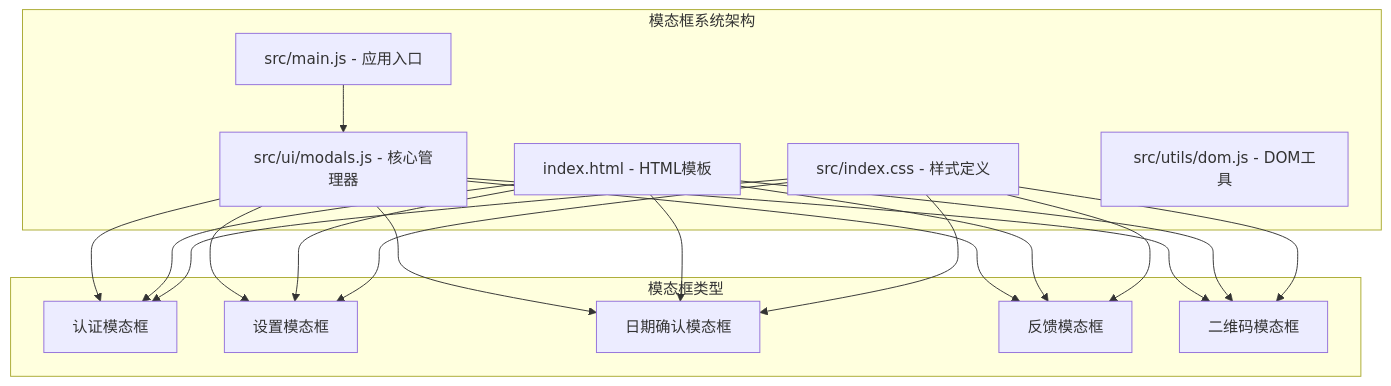
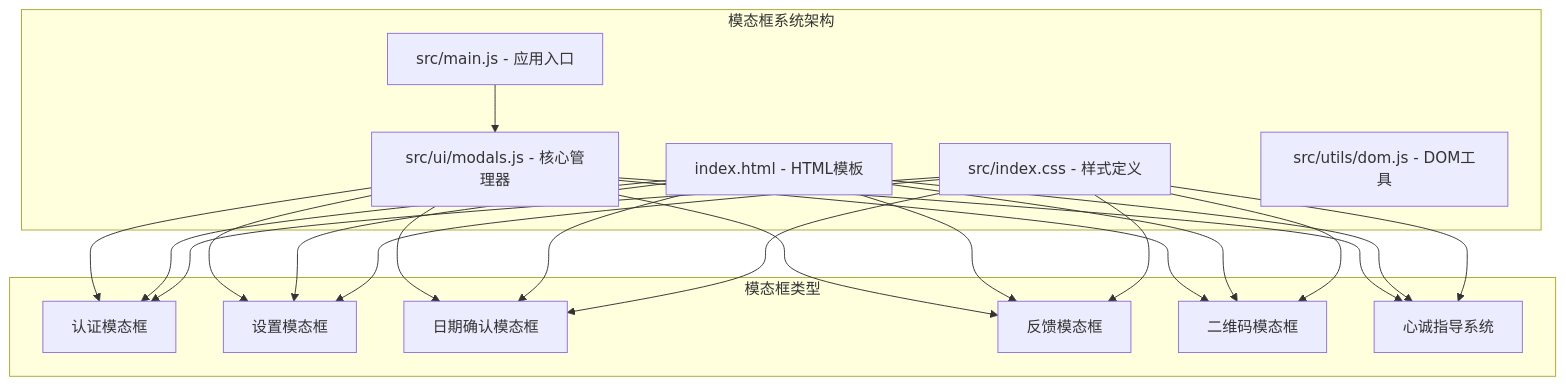
The first of 10 diagrams in .qoder/repowiki/zh/content/用户界面/模态框系统.md (ghg618-ui/meihuayili-3.8), drawn with Mermaid before and after one commit. The commit also changed other lines of this file and 4 other files, not shown here.

````diff
--- a/.qoder/repowiki/zh/content/用户界面/模态框系统.md
+++ b/.qoder/repowiki/zh/content/用户界面/模态框系统.md
@@ -33,33 +33,37 @@
 ```mermaid
 graph TB
 subgraph "模态框系统架构"
 A[src/ui/modals.js - 核心管理器]
 B[src/main.js - 应用入口]
 C[index.html - HTML模板]
 D[src/index.css - 样式定义]
 E[src/utils/dom.js - DOM工具]
 end
 subgraph "模态框类型"
 F[认证模态框]
 G[设置模态框]
 H[日期确认模态框]
 I[反馈模态框]
 J[二维码模态框]
+K[心诚指导系统]
 end
 A --> F
 A --> G
 A --> H
 A --> I
 A --> J
+A --> K
 B --> A
 C --> F
 C --> G
 C --> H
 C --> I
 C --> J
+C --> K
 D --> F
 D --> G
 D --> H
 D --> I
 D --> J
+D --> K
 ```
````
